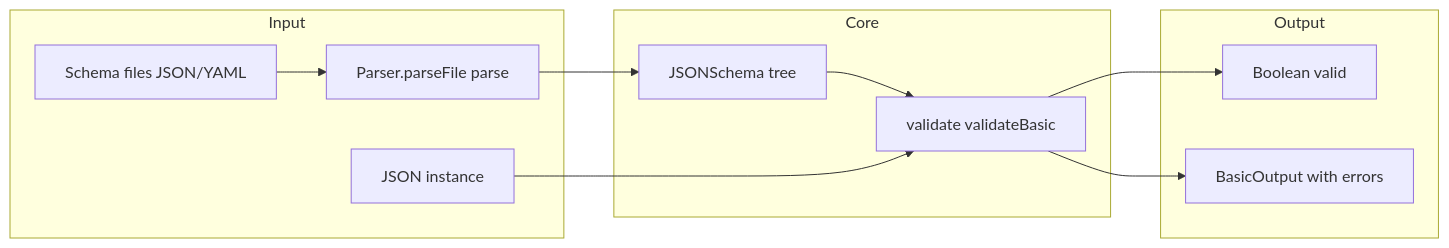
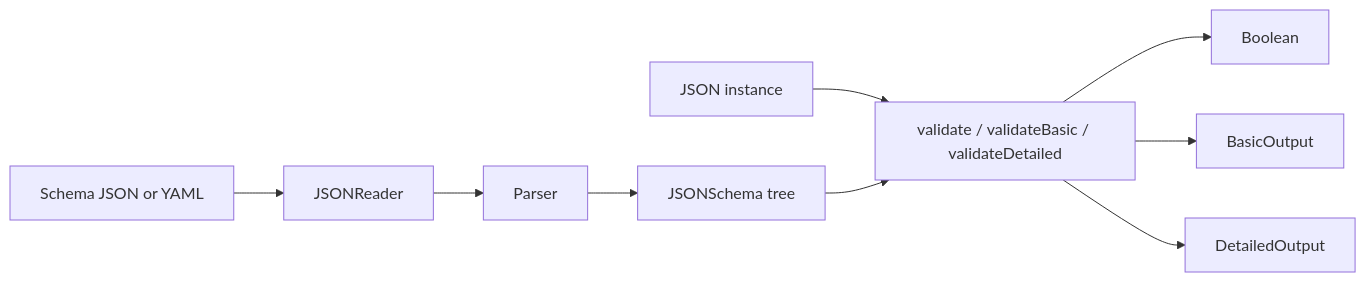
The first of 2 diagrams in research/reports/kotlin/pwall567-json-kotlin-schema.md (goddtriffin/json-schema-rs), drawn with Mermaid before and after one commit. The commit also changed other lines of this file and 51 other files, not shown here.

````diff
--- a/research/reports/kotlin/pwall567-json-kotlin-schema.md
+++ b/research/reports/kotlin/pwall567-json-kotlin-schema.md
@@ -93,22 +100,11 @@
 ```mermaid
 flowchart LR
-  subgraph input [Input]
-    SchemaFiles[Schema files JSON/YAML]
-    JSONInstance[JSON instance]
-    SchemaFiles --> Parser
-  end
-  subgraph core [Core]
-    Parser[Parser.parseFile parse]
-    SchemaTree[JSONSchema tree]
-    Validate[validate validateBasic]
-    Parser --> SchemaTree
-    SchemaTree --> Validate
-  end
-  subgraph output [Output]
-    Boolean[Boolean valid]
-    BasicOutput[BasicOutput with errors]
-    Validate --> Boolean
-    Validate --> BasicOutput
-  end
-  JSONInstance --> Validate
+  SchemaFiles["Schema JSON or YAML"] --> JSONReader
+  JSONReader --> Parser
+  Parser --> SchemaTree["JSONSchema tree"]
+  JSONInstance["JSON instance"] --> Validate
+  SchemaTree --> Validate["validate / validateBasic / validateDetailed"]
+  Validate --> Boolean
+  Validate --> BasicOutput
+  Validate --> DetailedOutput
 ```
````
